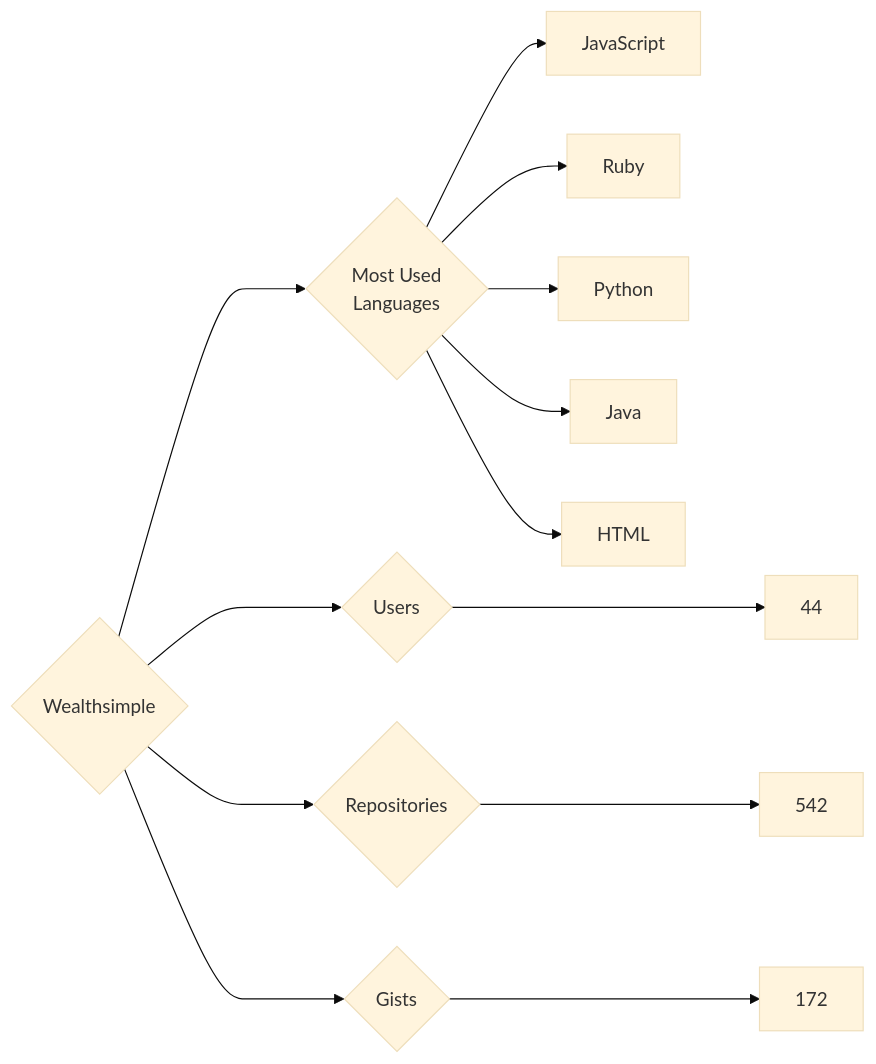
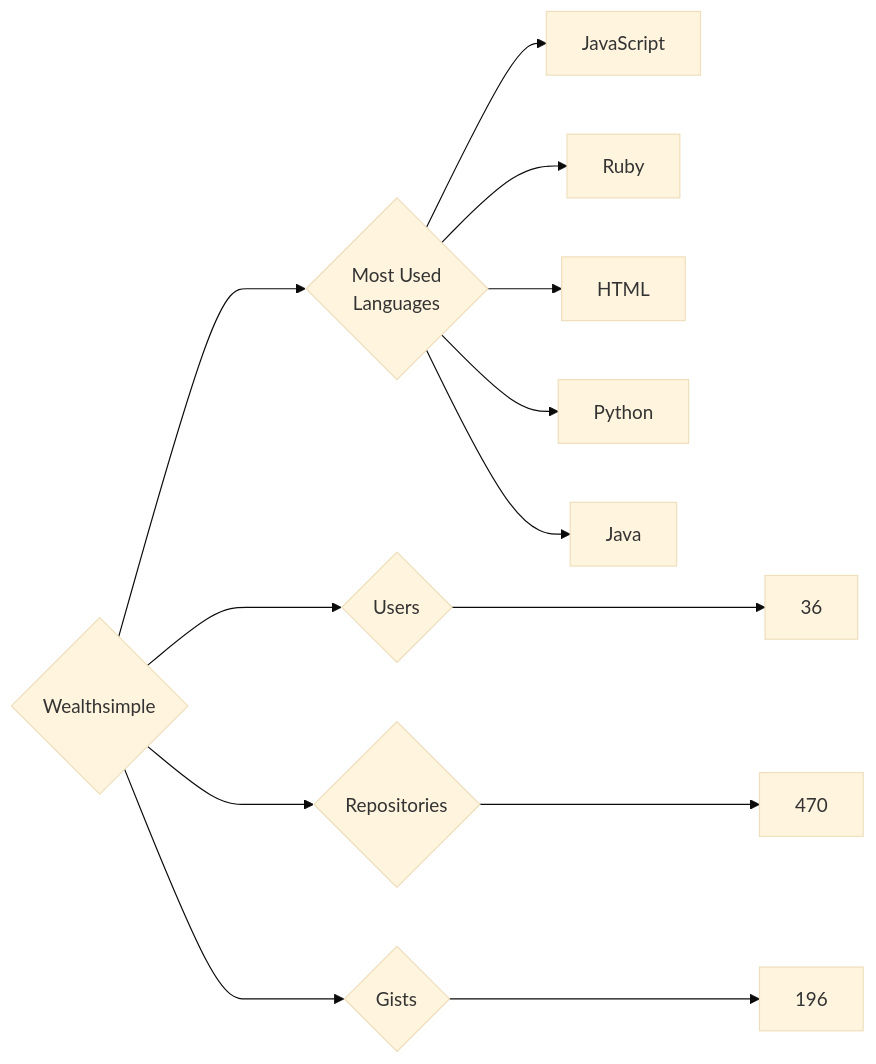
Before and after one commit to trickest/insiders: the diagram in targets/Wealthsimple/README.md, drawn with Mermaid (base theme). The commit also changed 903 other files, not shown here.

````diff
--- a/targets/Wealthsimple/README.md
+++ b/targets/Wealthsimple/README.md
@@ -3,13 +3,13 @@
 ```mermaid
 graph LR
 COMPANY_NAME{Wealthsimple}
-COMPANY_NAME ---> U{Users} ---> UN[44]
-COMPANY_NAME ---> R{Repositories} ---> RN[542]
-COMPANY_NAME ---> G{Gists} ---> GN[172]
+COMPANY_NAME ---> U{Users} ---> UN[36]
+COMPANY_NAME ---> R{Repositories} ---> RN[470]
+COMPANY_NAME ---> G{Gists} ---> GN[196]
 COMPANY_NAME ---> ML{Most Used<br>Languages}
 ML --> JavaScript[JavaScript]
 ML --> Ruby[Ruby]
+ML --> HTML[HTML]
 ML --> Python[Python]
 ML --> Java[Java]
-ML --> HTML[HTML]
 ```
````
